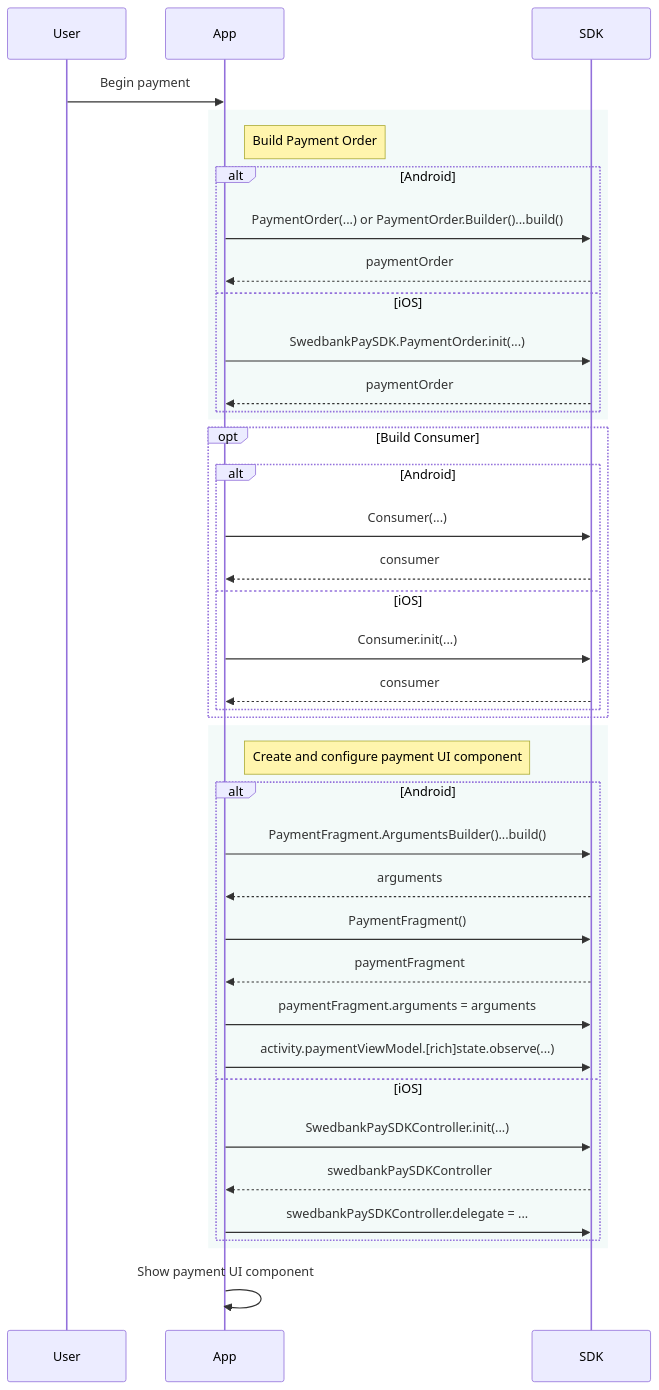
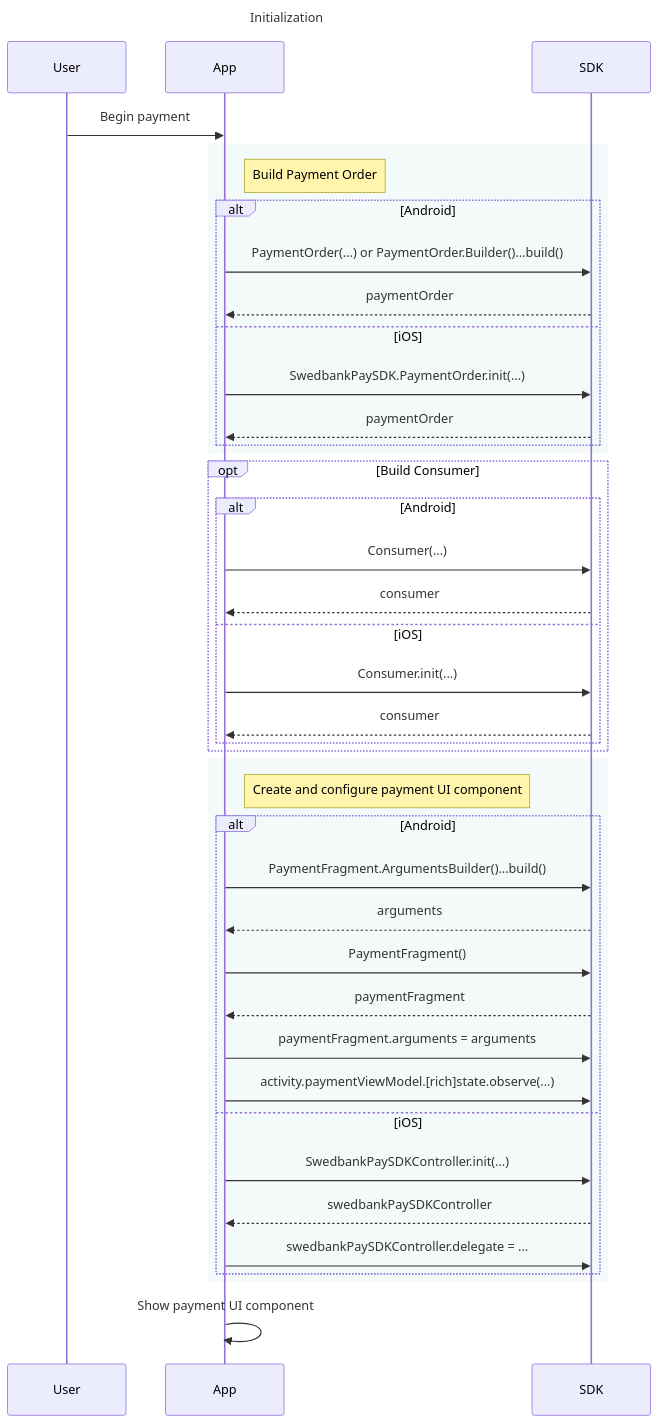
Before and after one commit to SwedbankPay/developer.swedbankpay.com: the second of 8 diagrams in checkout-v3/modules-sdks/mobile-sdk/process-diagrams.md, drawn with Mermaid. The commit also changed other lines of this file and 66 other files, not shown here.

Commit message:
Added titles in sequence diagrams

````diff
--- a/checkout-v3/modules-sdks/mobile-sdk/process-diagrams.md
+++ b/checkout-v3/modules-sdks/mobile-sdk/process-diagrams.md
@@ -74,43 +75,44 @@
 ```mermaid
 sequenceDiagram
+title: Initialization
     participant User
     participant App
     participant SDK
 
     User ->> App : Begin payment
     rect rgba(138, 205, 195, 0.1)
         note right of App: Build Payment Order
         alt Android
             App ->> SDK: PaymentOrder(...) or PaymentOrder.Builder()...build()
             SDK -->> App: paymentOrder
         else iOS
             App ->> SDK: SwedbankPaySDK.PaymentOrder.init(...)
             SDK -->> App: paymentOrder
         end
     end
     opt Build Consumer
         alt Android
             App ->> SDK: Consumer(...)
             SDK -->> App: consumer
         else iOS
             App ->> SDK: Consumer.init(...)
             SDK -->> App: consumer
         end
     end
     rect rgba(138, 205, 195, 0.1)
         note right of App: Create and configure payment UI component
         alt Android
             App ->> SDK: PaymentFragment.ArgumentsBuilder()...build()
             SDK -->> App: arguments
             App ->> SDK: PaymentFragment()
             SDK -->> App: paymentFragment
             App ->> SDK: paymentFragment.arguments = arguments
             App ->> SDK: activity.paymentViewModel.[rich]state.observe(...)
         else iOS
             App ->> SDK: SwedbankPaySDKController.init(...)
             SDK -->> App: swedbankPaySDKController
             App ->> SDK: swedbankPaySDKController.delegate = ...
         end
     end
     App ->> App : Show payment UI component
 ```
````
